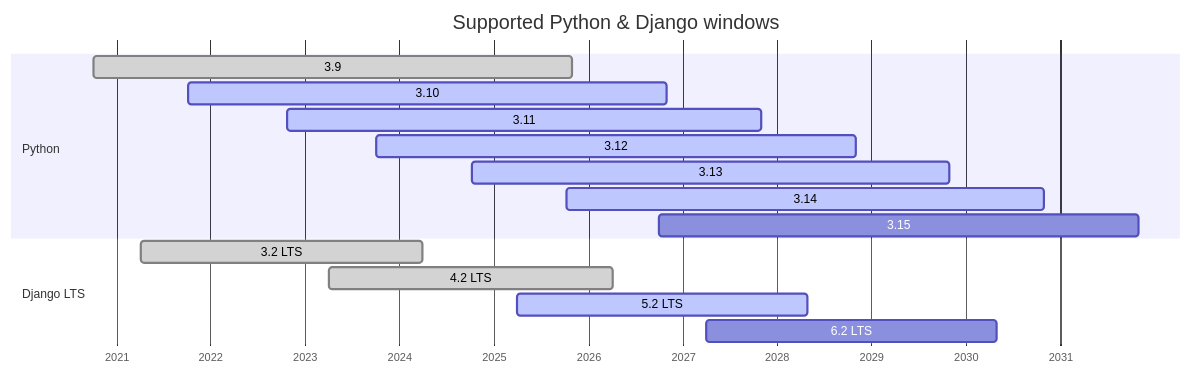
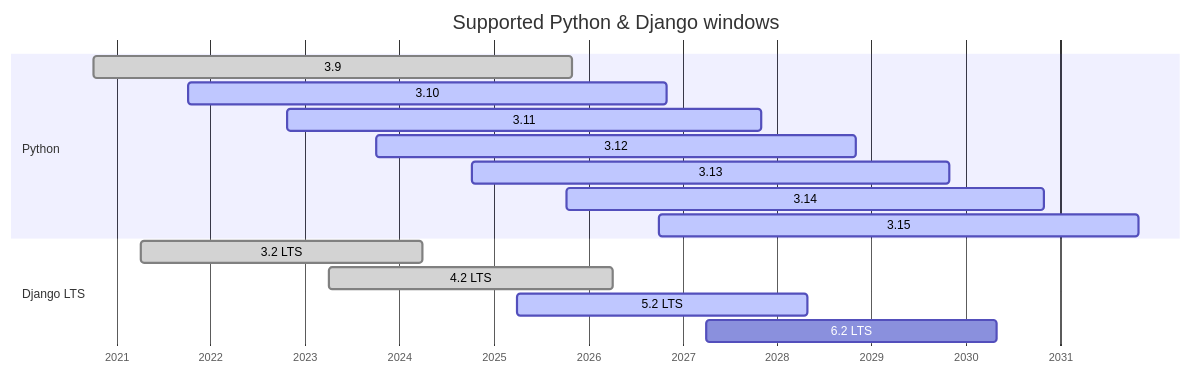
The diagram in README.md (DLRSP/compatibility), drawn with Mermaid before and after one commit. The commit also changed other lines of this file, not shown here.

Commit message:
docs: refresh compatibility timeline

````diff
--- a/README.md
+++ b/README.md
@@ -17,20 +17,20 @@
 ```mermaid
 gantt
     title Supported Python & Django windows
     dateFormat YYYY-MM-DD
     axisFormat %Y
     todayMarker on
     section Python
     3.9 :done, 2020-10-05, 2025-10-31
     3.10 :active, 2021-10-04, 2026-10-31
     3.11 :active, 2022-10-24, 2027-10-31
     3.12 :active, 2023-10-02, 2028-10-31
     3.13 :active, 2024-10-07, 2029-10-31
     3.14 :active, 2025-10-07, 2030-10-31
-    3.15 :2026-10-01, 2031-10-31
+    3.15 :active, 2026-10-01, 2031-10-31
     section Django LTS
     3.2 LTS :done, 2021-04-06, 2024-04-01
     4.2 LTS :done, 2023-04-03, 2026-04-07
     5.2 LTS :active, 2025-04-02, 2028-04-30
     6.2 LTS :2027-04-01, 2030-04-30
 ```
````
